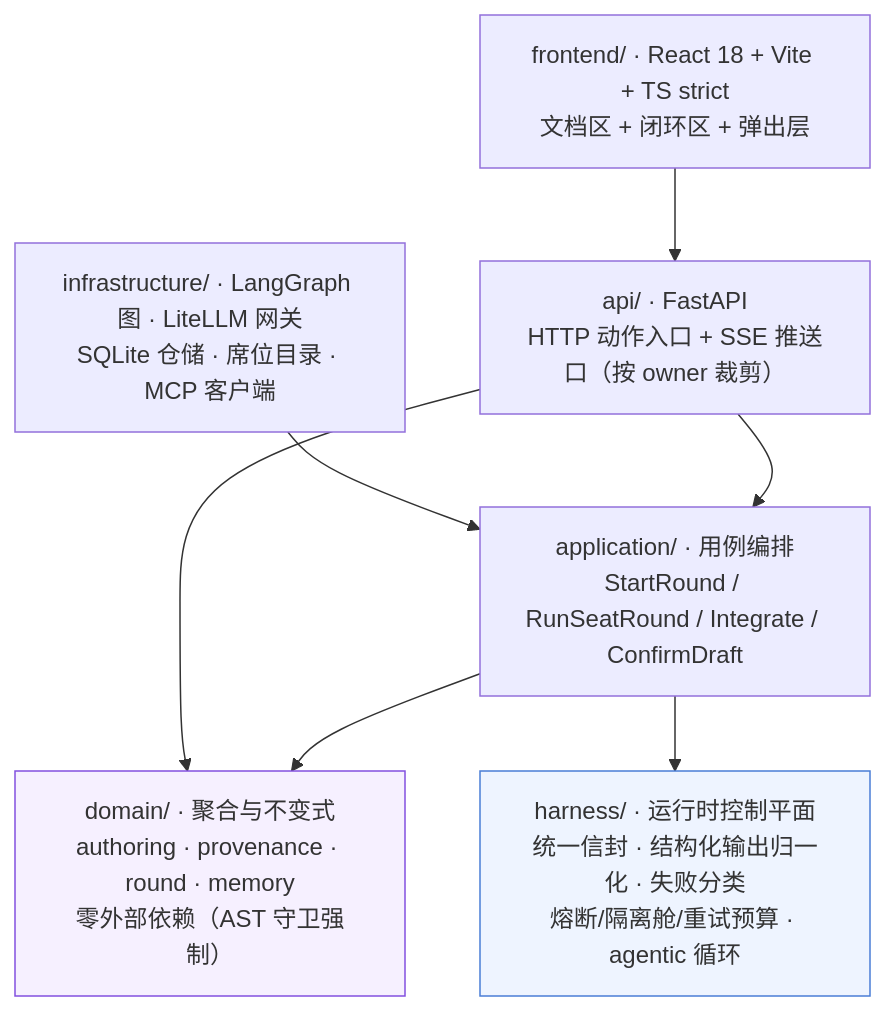
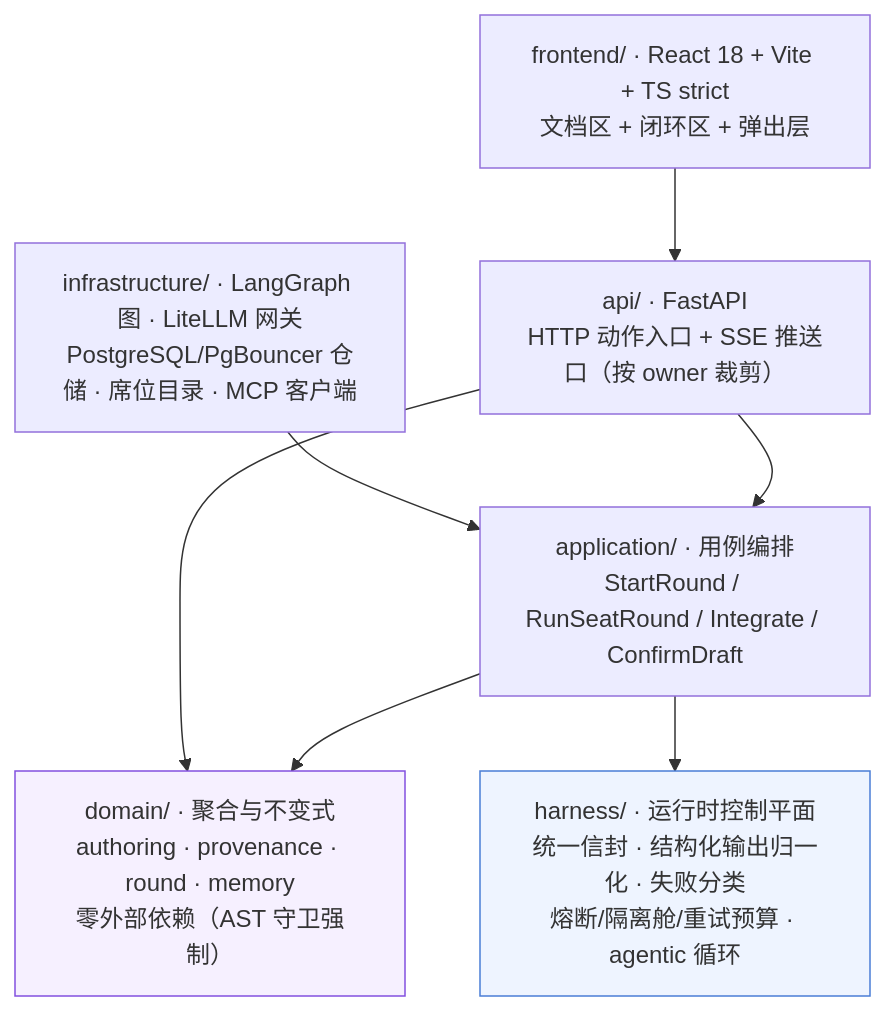
One commit to linsir2/ai-pm changed the diagram in README.md. Above: the diagram before and after it, drawn with Mermaid. The commit also changed other lines of this file and 167 other files, not shown here.

````diff
--- a/README.md
+++ b/README.md
@@ -110,17 +118,17 @@
 ```mermaid
 graph TD
     FE["frontend/ · React 18 + Vite + TS strict<br/>文档区 + 闭环区 + 弹出层"]
     API["api/ · FastAPI<br/>HTTP 动作入口 + SSE 推送口（按 owner 裁剪）"]
     APP["application/ · 用例编排<br/>StartRound / RunSeatRound / Integrate / ConfirmDraft"]
     DOM["domain/ · 聚合与不变式<br/>authoring · provenance · round · memory<br/>零外部依赖（AST 守卫强制）"]
-    INF["infrastructure/ · LangGraph 图 · LiteLLM 网关<br/>SQLite 仓储 · 席位目录 · MCP 客户端"]
+    INF["infrastructure/ · LangGraph 图 · LiteLLM 网关<br/>PostgreSQL/PgBouncer 仓储 · 席位目录 · MCP 客户端"]
     HAR["harness/ · 运行时控制平面<br/>统一信封 · 结构化输出归一化 · 失败分类<br/>熔断/隔离舱/重试预算 · agentic 循环"]
 
     FE --> API --> APP --> DOM
     APP --> HAR
     INF --> APP
     API --> DOM
 
     style HAR fill:#eef4ff,stroke:#4a7dd6
     style DOM fill:#f6f0ff,stroke:#8250df
 ```
````
